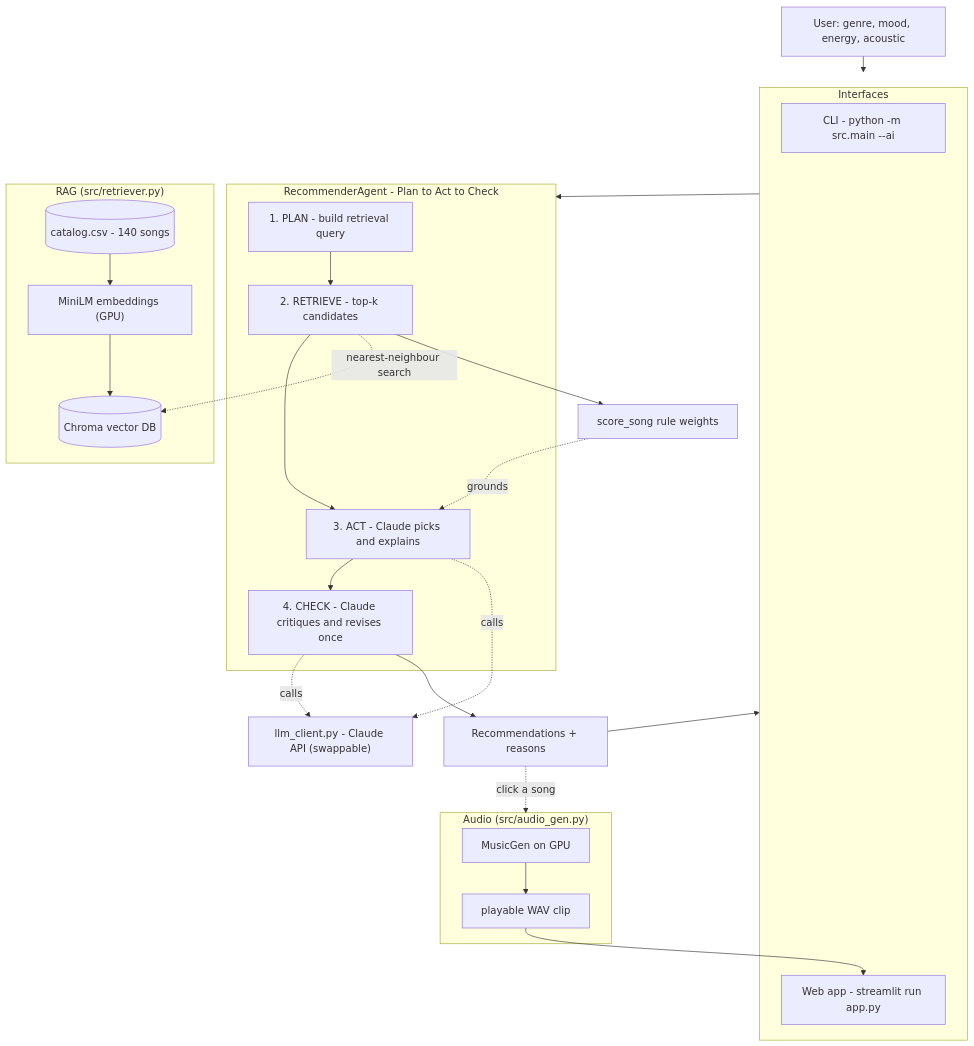
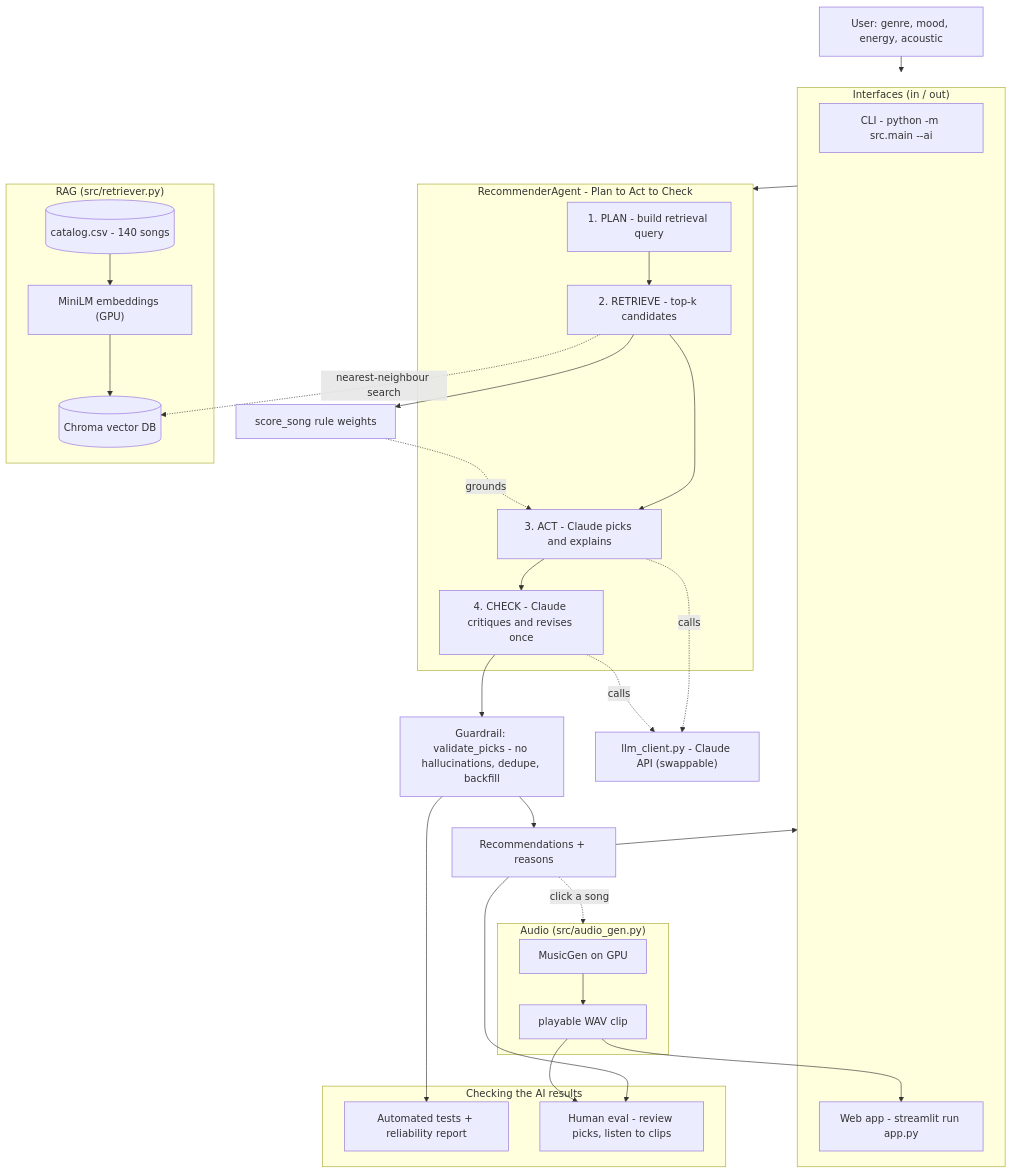
Before and after one commit to AdhamAlshaif/ai110-module3show-musicrecommendersimulation-starter: the diagram in README.md, drawn with Mermaid. The commit also changed other lines of this file and 3 other files, not shown here.

First line of the commit message:
Rubric polish: assets/ + diagram checkpoints + README sections + reflection

````diff
--- a/README.md
+++ b/README.md
@@ -55,31 +64,39 @@
 ```mermaid
 flowchart TD
     U["User: genre, mood, energy, acoustic"] --> IFACE
-    subgraph IFACE["Interfaces"]
+    subgraph IFACE["Interfaces (in / out)"]
         CLI["CLI - python -m src.main --ai"]
         WEB["Web app - streamlit run app.py"]
     end
     IFACE --> AG
     subgraph AG["RecommenderAgent - Plan to Act to Check"]
         P["1. PLAN - build retrieval query"]
         R["2. RETRIEVE - top-k candidates"]
         A["3. ACT - Claude picks and explains"]
         C["4. CHECK - Claude critiques and revises once"]
         P --> R --> A --> C
     end
     subgraph RAG["RAG (src/retriever.py)"]
         CSV[("catalog.csv - 140 songs")] --> EMB["MiniLM embeddings (GPU)"] --> DB[("Chroma vector DB")]
     end
     R -. nearest-neighbour search .-> DB
     SC["score_song rule weights"] -. grounds .-> A
     R --> SC
     LLM["llm_client.py - Claude API (swappable)"]
     A -. calls .-> LLM
     C -. calls .-> LLM
-    C --> RECS["Recommendations + reasons"] --> IFACE
+    C --> GUARD["Guardrail: validate_picks - no hallucinations, dedupe, backfill"]
+    GUARD --> RECS["Recommendations + reasons"] --> IFACE
     RECS -. click a song .-> AUD
     subgraph AUD["Audio (src/audio_gen.py)"]
         MG["MusicGen on GPU"] --> WAV["playable WAV clip"]
     end
     WAV --> WEB
+    subgraph CHECK2["Checking the AI results"]
+        TEST["Automated tests + reliability report"]
+        HUMAN["Human eval - review picks, listen to clips"]
+    end
+    GUARD --> TEST
+    RECS --> HUMAN
+    WAV --> HUMAN
 ```
````
